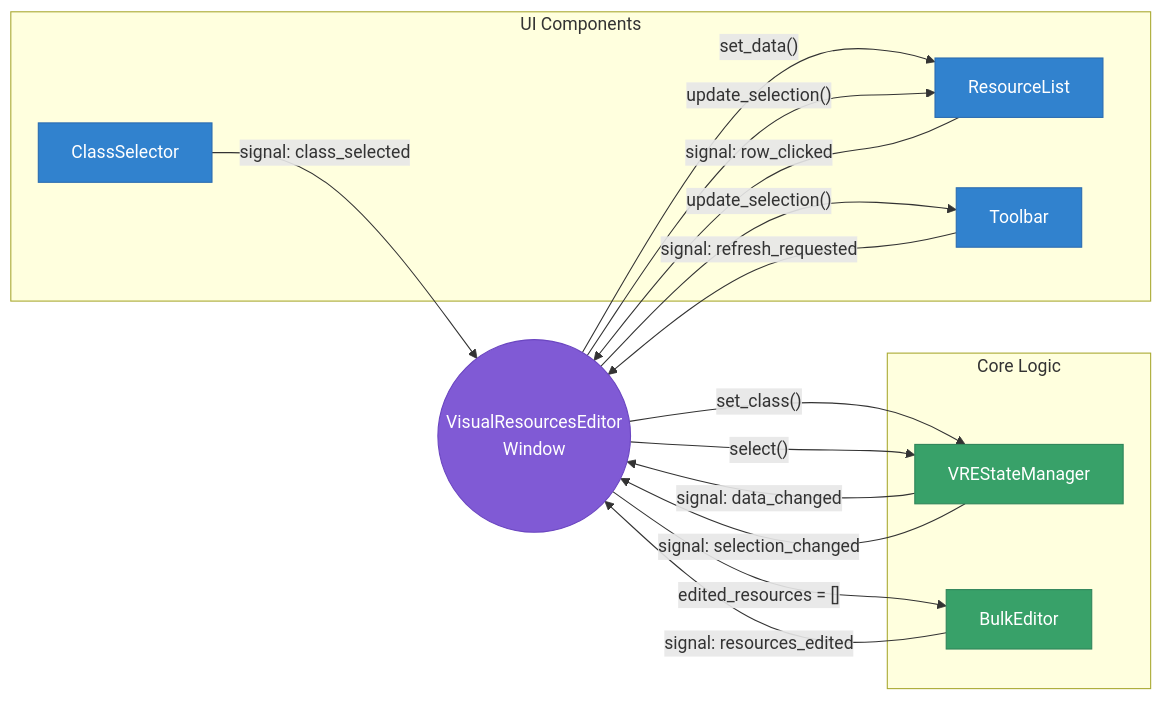
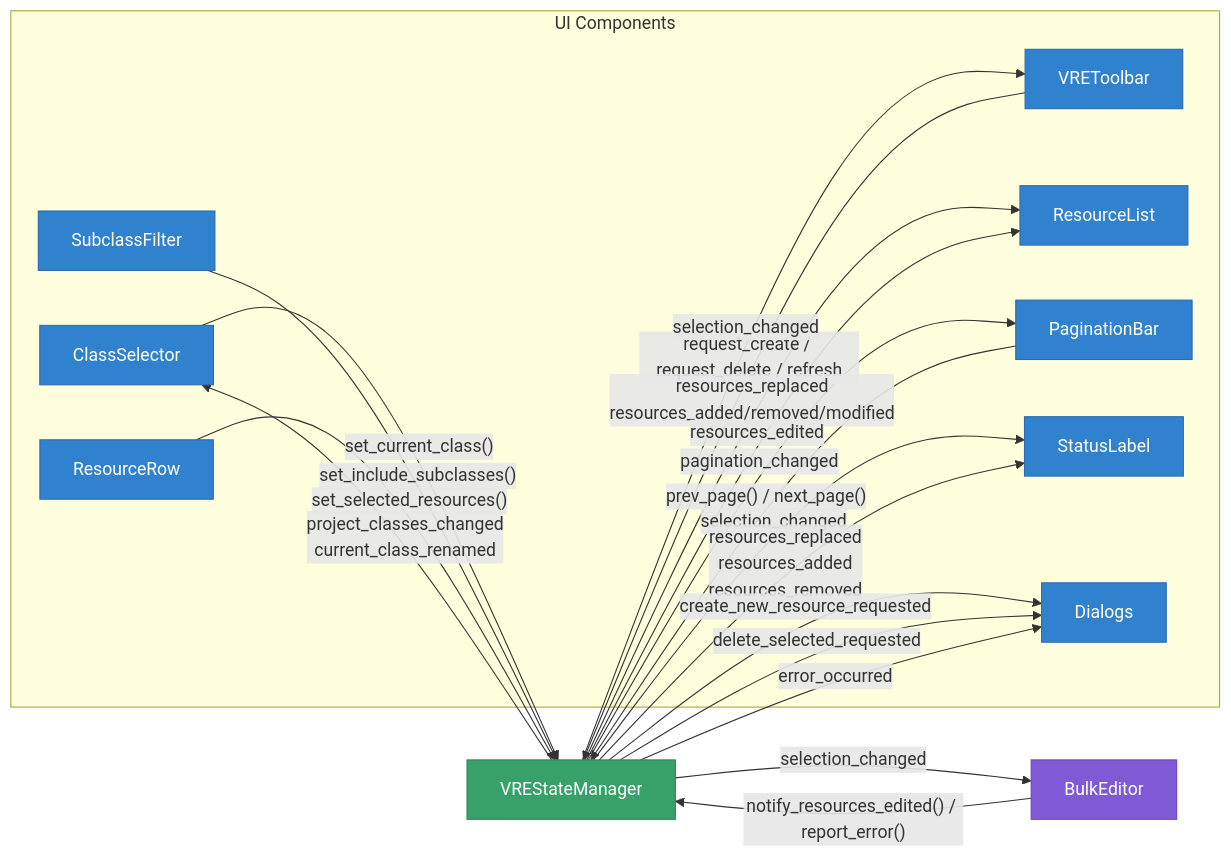
The second of 6 diagrams in addons/diablohumastudio/visual_resources_editor/diagrams.md (diablohumastudioadmin/data-systems-2), drawn with Mermaid before and after one commit. The commit also changed other lines of this file and 10 other files, not shown here.

First line of the commit message:
refactor(vre): split VREStateManager into focused sub-managers

````diff
--- a/addons/diablohumastudio/visual_resources_editor/diagrams.md
+++ b/addons/diablohumastudio/visual_resources_editor/diagrams.md
@@ -77,39 +75,41 @@
 ```mermaid
 flowchart LR
     classDef ui fill:#3182ce,stroke:#2b6cb0,color:#fff
-    classDef coord fill:#805ad5,stroke:#6b46c1,color:#fff
-    classDef core fill:#38a169,stroke:#2f855a,color:#fff
+    classDef state fill:#38a169,stroke:#2f855a,color:#fff
+    classDef logic fill:#805ad5,stroke:#6b46c1,color:#fff
 
     subgraph UI Components
-        UI_Class[ClassSelector]:::ui
-        UI_List[ResourceList]:::ui
-        UI_Tool[Toolbar]:::ui
+        ClassSel[ClassSelector]:::ui
+        SubFilt[SubclassFilter]:::ui
+        Toolbar[VREToolbar]:::ui
+        ResList[ResourceList]:::ui
+        Row[ResourceRow]:::ui
+        PagBar[PaginationBar]:::ui
+        StatusLbl[StatusLabel]:::ui
+        Dialogs[Dialogs]:::ui
     end
 
-    Coordinator((VisualResourcesEditor\nWindow)):::coord
+    State[VREStateManager]:::state
+    Bulk[BulkEditor]:::logic
 
-    subgraph Core Logic
-        State[VREStateManager]:::core
-        Bulk[BulkEditor]:::core
-    end
+    %% calls to state
+    ClassSel -- "set_current_class()" --> State
+    SubFilt -- "set_include_subclasses()" --> State
+    Toolbar -- "request_create / request_delete / refresh" --> State
+    Row -- "set_selected_resources()" --> State
+    PagBar -- "prev_page() / next_page()" --> State
+    Bulk -- "notify_resources_edited() / report_error()" --> State
 
-    %% UI to Coordinator
-    UI_Class -- "signal: class_selected" --> Coordinator
-    UI_List -- "signal: row_clicked" --> Coordinator
-    UI_Tool -- "signal: refresh_requested" --> Coordinator
-
-    %% Coordinator to Core
-    Coordinator -- "set_class()" --> State
-    Coordinator -- "select()" --> State
-    Coordinator -- "edited_resources = []" --> Bulk
-
-    %% Core back to Coordinator
-    State -- "signal: data_changed" --> Coordinator
-    State -- "signal: selection_changed" --> Coordinator
-    Bulk -- "signal: resources_edited" --> Coordinator
-
-    %% Coordinator updates UI
-    Coordinator -- "set_data()" --> UI_List
-    Coordinator -- "update_selection()" --> UI_List
-    Coordinator -- "update_selection()" --> UI_Tool
+    %% signals from state
+    State -- "project_classes_changed\ncurrent_class_renamed" --> ClassSel
+    State -- "resources_replaced\nresources_added/removed/modified" --> ResList
+    State -- "resources_edited" --> ResList
+    State -- "selection_changed" --> StatusLbl
+    State -- "selection_changed" --> Toolbar
+    State -- "selection_changed" --> Bulk
+    State -- "pagination_changed" --> PagBar
+    State -- "resources_replaced\nresources_added\nresources_removed" --> StatusLbl
+    State -- "create_new_resource_requested" --> Dialogs
+    State -- "delete_selected_requested" --> Dialogs
+    State -- "error_occurred" --> Dialogs
 ```
````
